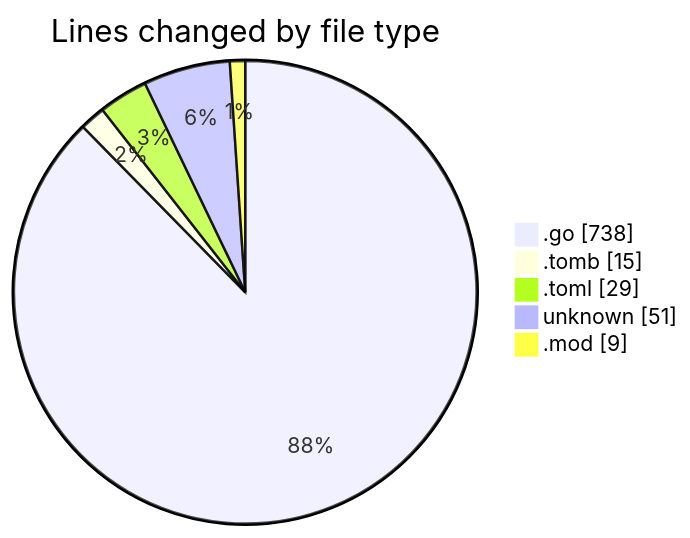
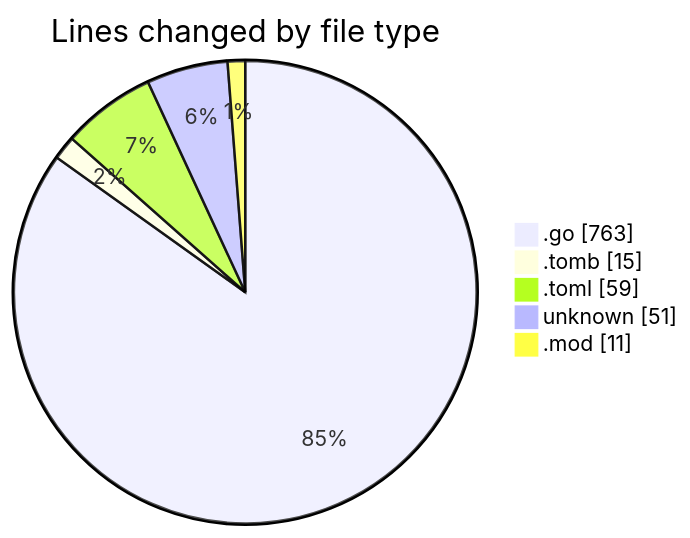
Before and after one commit to Ritupan-Deka/code-tracking: the first of 2 diagrams in 2025-10-31/backend/README.md, drawn with Mermaid. The commit also changed other lines of this file and 1 other file, not shown here.

````diff
--- a/2025-10-31/backend/README.md
+++ b/2025-10-31/backend/README.md
@@ -29,9 +29,9 @@
 ```mermaid
 pie showData
 title Lines changed by file type
-".go" : 738
+".go" : 763
 ".tomb" : 15
-".toml" : 29
+".toml" : 59
 "unknown" : 51
-".mod" : 9
+".mod" : 11
 ```
````
